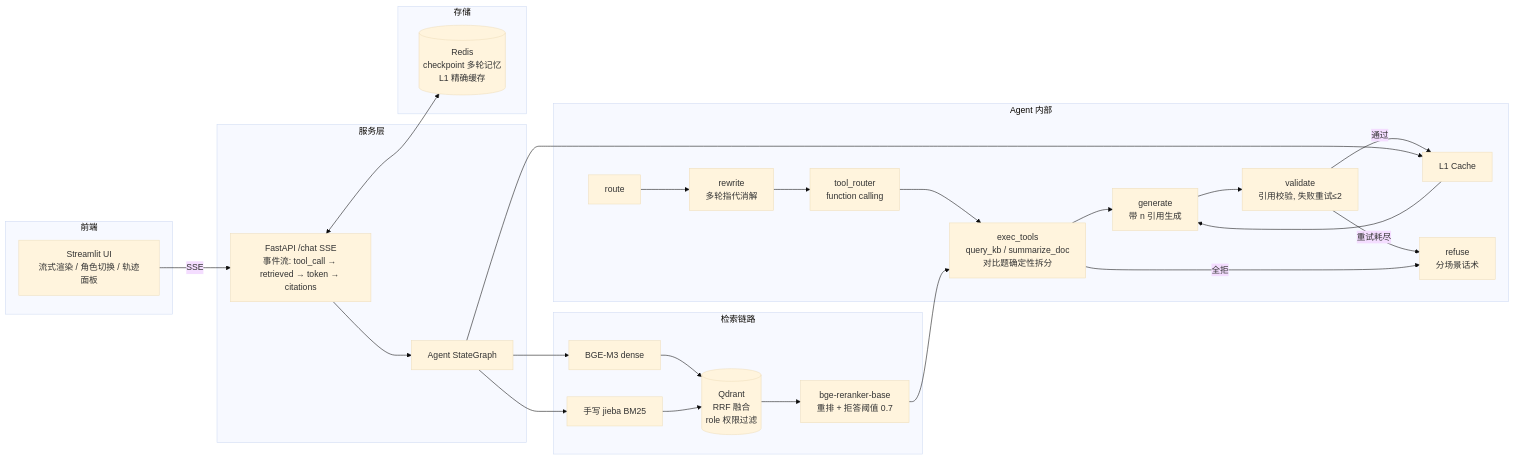
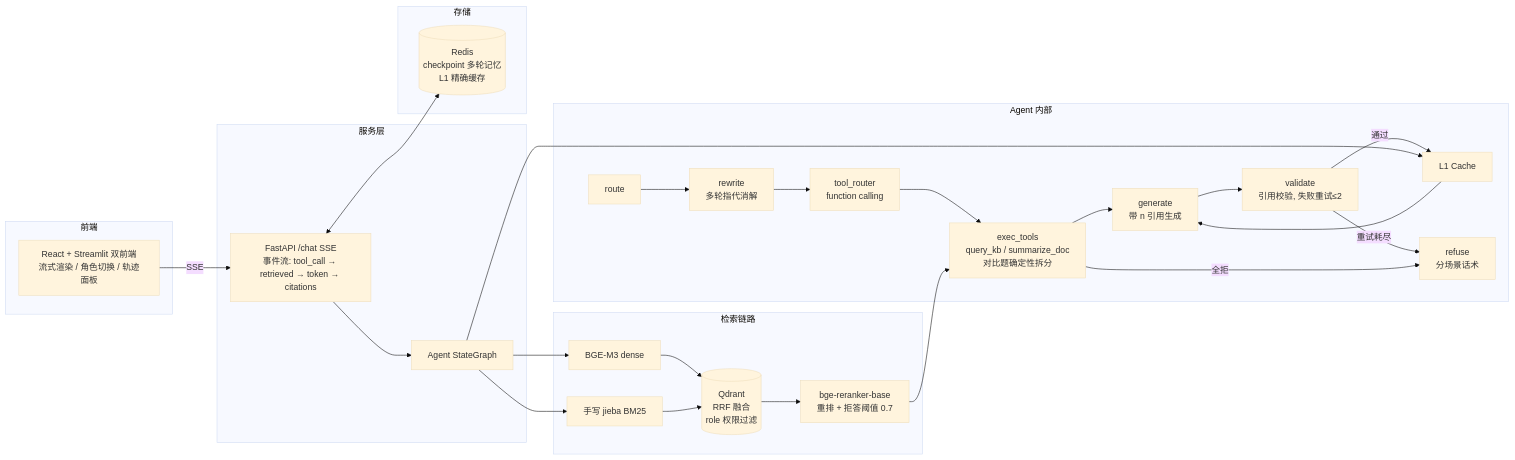
The diagram in README.md (Meter112/enterprise-kb-agent), drawn with Mermaid (base theme) before and after one commit. The commit also changed other lines of this file and 33 other files, not shown here.

````diff
--- a/README.md
+++ b/README.md
@@ -12,36 +12,36 @@
 ```mermaid
 flowchart LR
     subgraph 前端
-        UI[Streamlit UI<br/>流式渲染 / 角色切换 / 轨迹面板]
+        UI[React + Streamlit 双前端<br/>流式渲染 / 角色切换 / 轨迹面板]
     end
     subgraph 服务层
         API[FastAPI /chat SSE<br/>事件流: tool_call → retrieved → token → citations]
         A[Agent StateGraph]
     end
     subgraph Agent 内部
         R1[route] --> RW[rewrite<br/>多轮指代消解]
         RW --> TR[tool_router<br/>function calling]
         TR --> ET[exec_tools<br/>query_kb / summarize_doc<br/>对比题确定性拆分]
         ET --> GN[generate<br/>带 n 引用生成]
         GN --> VA[validate<br/>引用校验, 失败重试≤2]
         VA -->|通过| CACHE
         VA -->|重试耗尽| RF[refuse<br/>分场景话术]
         ET -->|全拒| RF
     end
     subgraph 检索链路
         DENSE[BGE-M3 dense] --> QD[(Qdrant<br/>RRF 融合<br/>role 权限过滤)]
         SPARSE[手写 jieba BM25] --> QD
         QD --> RR[bge-reranker-base<br/>重排 + 拒答阈值 0.7]
         RR --> ET
     end
     subgraph 存储
         RD[(Redis<br/>checkpoint 多轮记忆<br/>L1 精确缓存)]
         CACHE[L1 Cache] --> GN
         API <--> RD
     end
     UI -->|SSE| API
     API --> A
     A --> DENSE
     A --> SPARSE
     A --> CACHE
 ```
````
